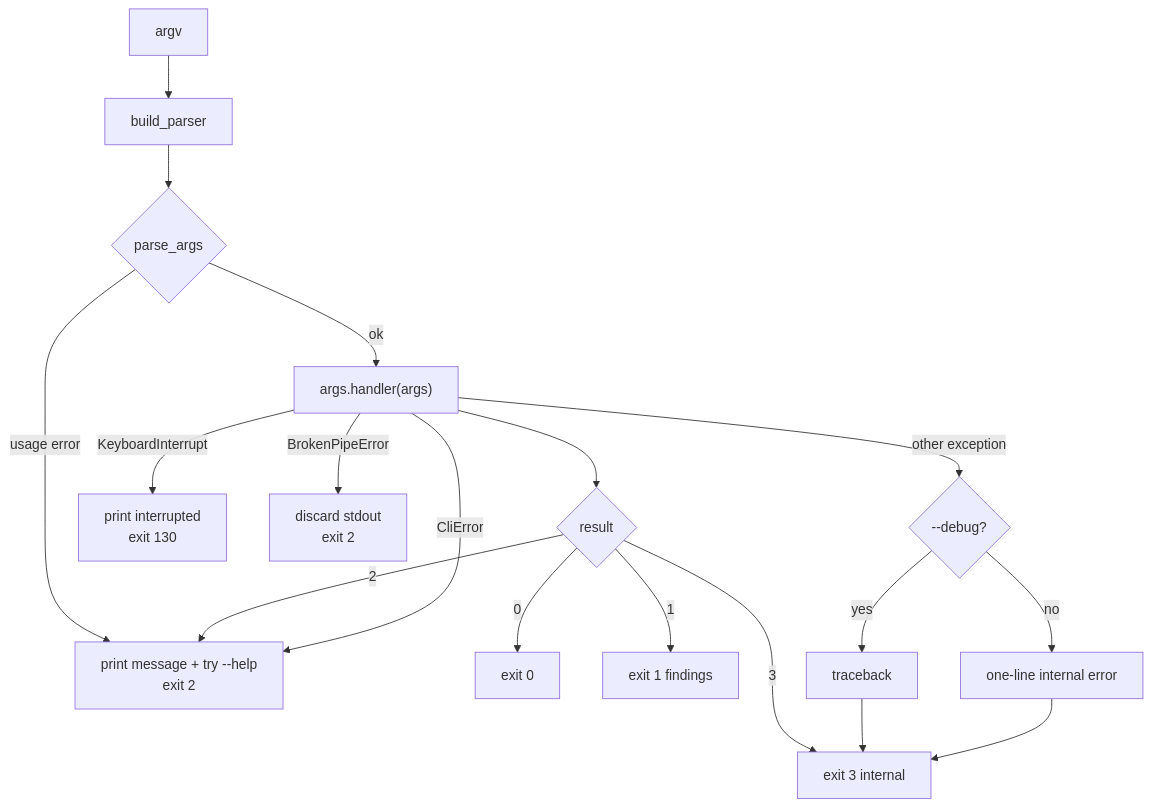
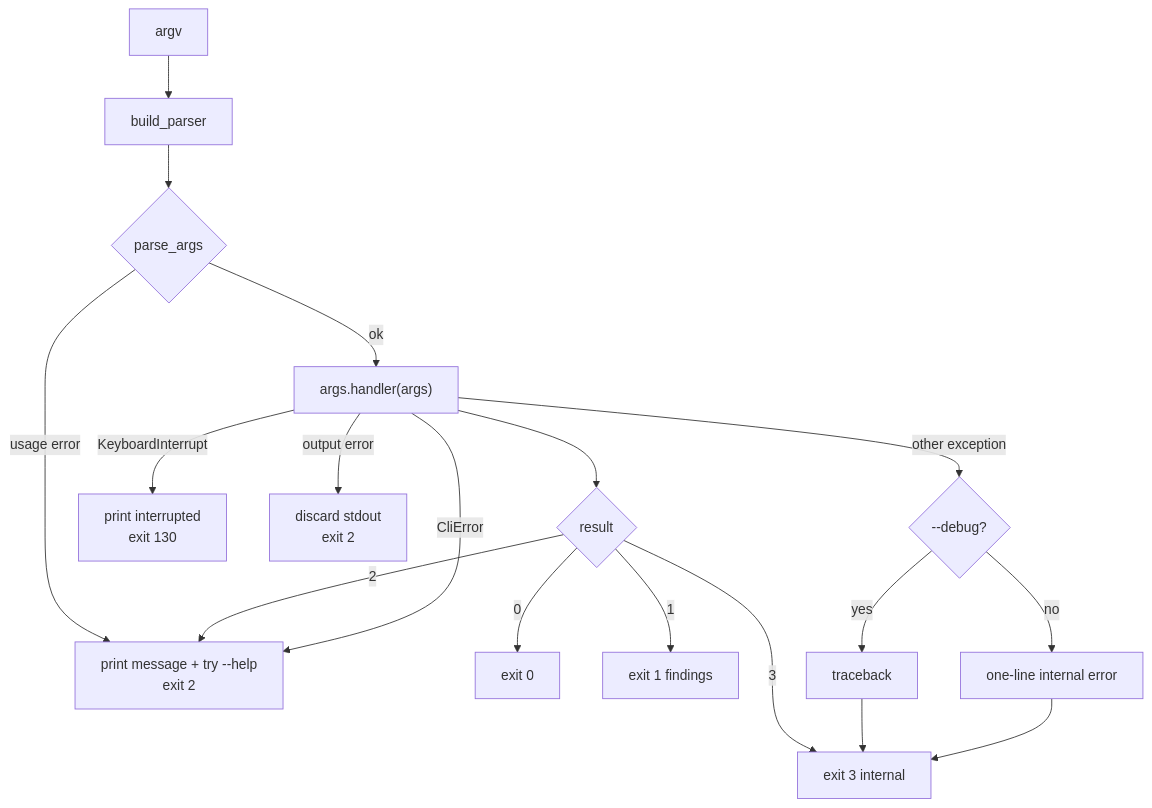
The diagram in docs/cli.md (SorenHJohansen/sattline-parser), drawn with Mermaid before and after one commit. The commit also changed other lines of this file and 53 other files, not shown here.

````diff
--- a/docs/cli.md
+++ b/docs/cli.md
@@ -20,20 +20,20 @@
 ```mermaid
 flowchart TB
     A["argv"] --> B["build_parser"]
     B --> C{"parse_args"}
     C -->|usage error| U["print message + try --help<br/>exit 2"]
     C -->|ok| D["args.handler(args)"]
     D --> E{"result"}
     E -->|0| OK["exit 0"]
     E -->|1| F["exit 1 findings"]
     E -->|2| U
     E -->|3| I["exit 3 internal"]
     D -->|CliError| U
     D -->|KeyboardInterrupt| K["print interrupted<br/>exit 130"]
-    D -->|BrokenPipeError| P["discard stdout<br/>exit 2"]
+    D -->|output error| P["discard stdout<br/>exit 2"]
     D -->|other exception| X{"--debug?"}
     X -->|yes| T["traceback"]
     X -->|no| O["one-line internal error"]
     T --> I
     O --> I
 ```
````
